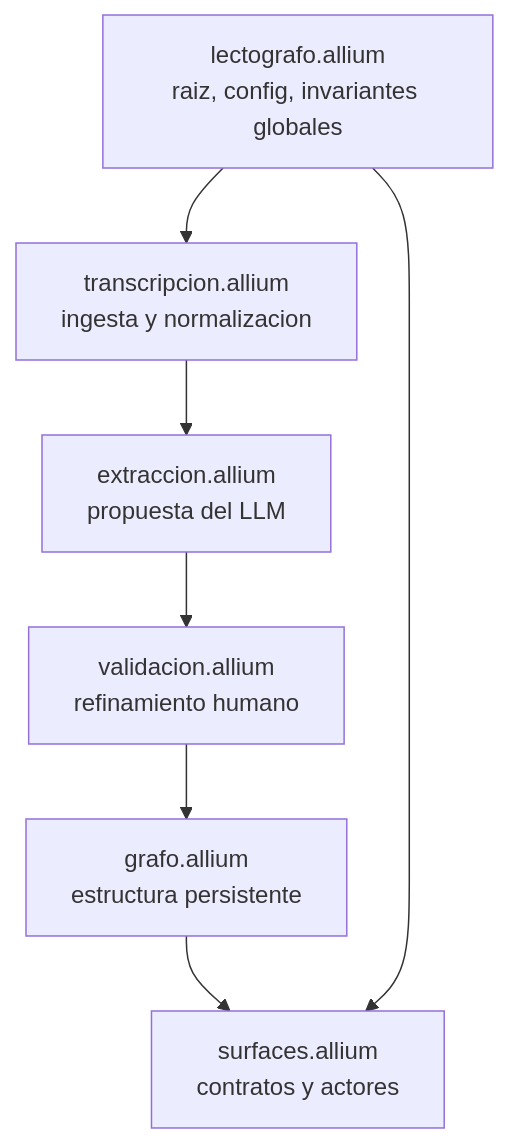
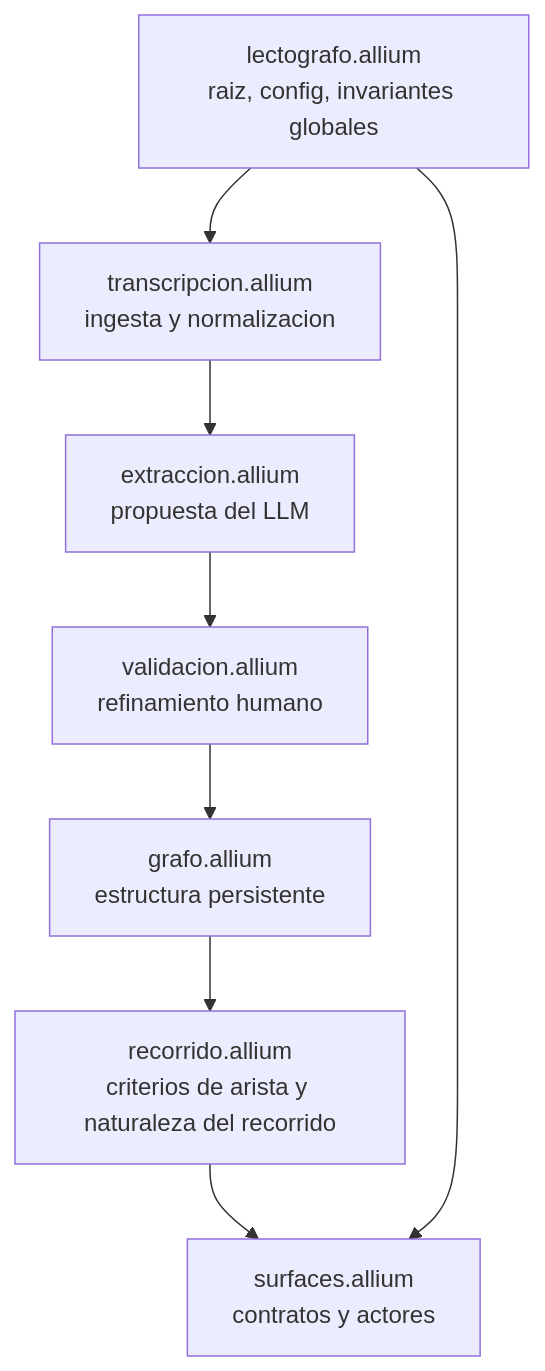
One commit to hspencer/lectografo changed the first of 2 diagrams in specs/README.md. Above: the diagram before and after it, drawn with Mermaid. The commit also changed other lines of this file and 2 other files, not shown here.

First paragraph of the commit message:
spec: recorrido.allium — criterios de arista y naturaleza del recorrido
Destila desde el codigo dos cosas que el resto de los specs daban por
supuestas: bajo que criterios nace una Relacion, y que es un Recorrido.

````diff
--- a/specs/README.md
+++ b/specs/README.md
@@ -7,16 +7,18 @@
 ```mermaid
 flowchart TD
     L[lectografo.allium<br/>raiz, config, invariantes globales]
     T[transcripcion.allium<br/>ingesta y normalizacion]
     E[extraccion.allium<br/>propuesta del LLM]
     V[validacion.allium<br/>refinamiento humano]
     G[grafo.allium<br/>estructura persistente]
+    R[recorrido.allium<br/>criterios de arista y naturaleza del recorrido]
     S[surfaces.allium<br/>contratos y actores]
 
     L --> T
     T --> E
     E --> V
     V --> G
-    G --> S
+    G --> R
+    R --> S
     L --> S
 ```
````
